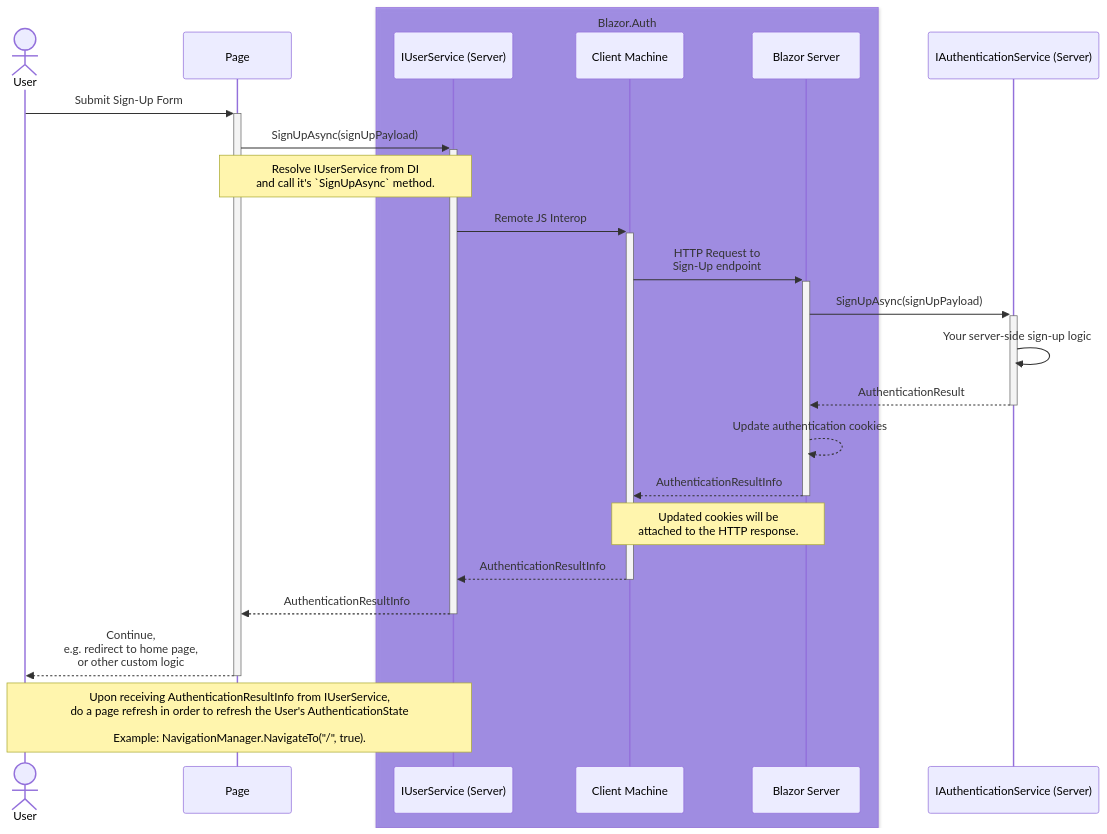
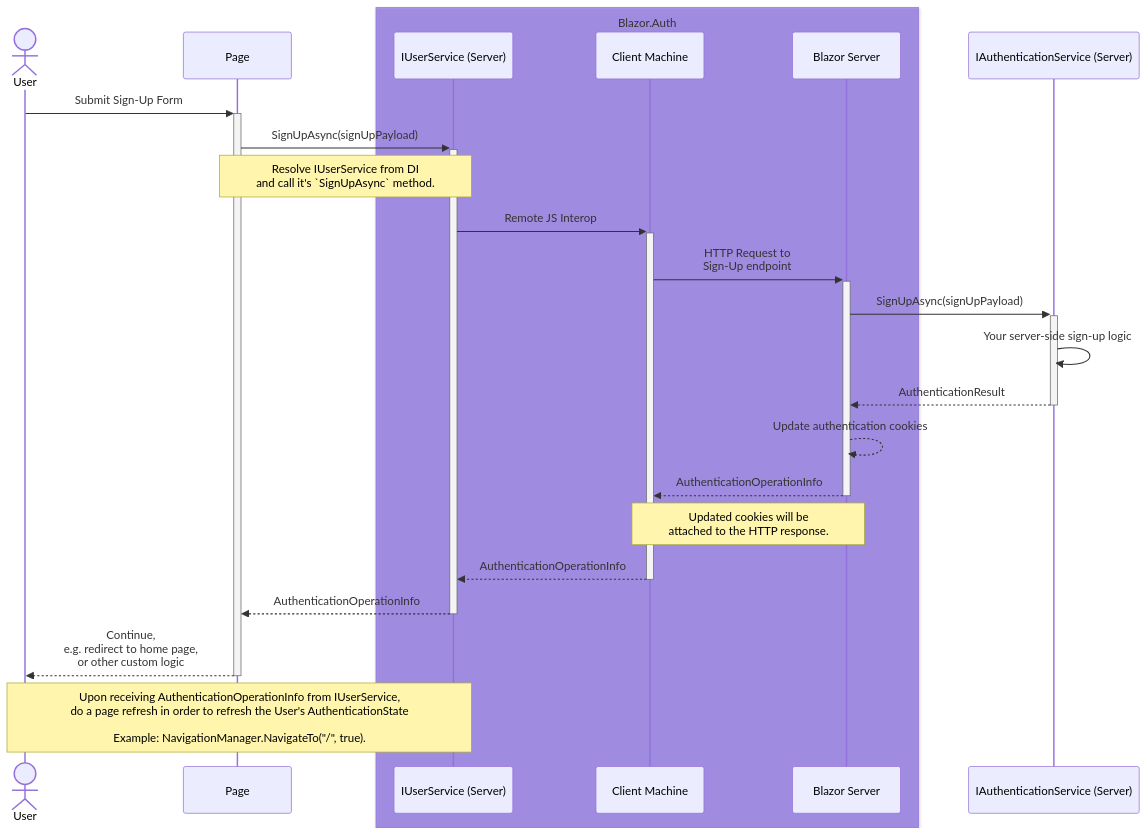
Before and after one commit to BitzArt/Blazor.Auth: the third of 3 diagrams in docs/src/04.use-cases/03.interactive-server.md, drawn with Mermaid. The commit also changed other lines of this file and 10 other files, not shown here.

Commit message:
Rename AuthenticationResultInfo -> AuthenticationOperationInfo

````diff
--- a/docs/src/04.use-cases/03.interactive-server.md
+++ b/docs/src/04.use-cases/03.interactive-server.md
@@ -82,36 +82,36 @@
 ```mermaid
 sequenceDiagram
 
 actor user as User
 participant page as Page
 
 box rgba(101, 63, 232, 0.5) Blazor.Auth
 participant userServiceServer as IUserService (Server)
 participant blazorClient as Client Machine
 participant blazorServer as Blazor Server
 end
 
 participant authService as IAuthenticationService (Server)
 
 user ->>+ page: Submit Sign-Up Form
 page ->>+ userServiceServer: SignUpAsync(signUpPayload)
 note over page,userServiceServer: Resolve IUserService from DI<br/> and call it's `SignUpAsync` method.
 
 userServiceServer ->>+ blazorClient: Remote JS Interop
 blazorClient ->>+ blazorServer: HTTP Request to <br/> Sign-Up endpoint
 blazorServer ->>+ authService: SignUpAsync(signUpPayload)
 authService ->> authService: Your server-side sign-up logic
 
 authService -->>- blazorServer: AuthenticationResult
 blazorServer -->> blazorServer: Update authentication cookies
 
-blazorServer -->>- blazorClient: AuthenticationResultInfo
+blazorServer -->>- blazorClient: AuthenticationOperationInfo
 note over blazorClient,blazorServer: Updated cookies will be<br/>attached to the HTTP response.
 
-blazorClient -->>- userServiceServer: AuthenticationResultInfo
+blazorClient -->>- userServiceServer: AuthenticationOperationInfo
 
-userServiceServer -->>- page: AuthenticationResultInfo
+userServiceServer -->>- page: AuthenticationOperationInfo
 page -->>- user: Continue, <br/> e.g. redirect to home page, <br/> or other custom logic
 
-note over user,userServiceServer: Upon receiving AuthenticationResultInfo from IUserService, <br/> do a page refresh in order to refresh the User's AuthenticationState<br/><br/> Example: NavigationManager.NavigateTo("/", true).
+note over user,userServiceServer: Upon receiving AuthenticationOperationInfo from IUserService, <br/> do a page refresh in order to refresh the User's AuthenticationState<br/><br/> Example: NavigationManager.NavigateTo("/", true).
 ```
````
